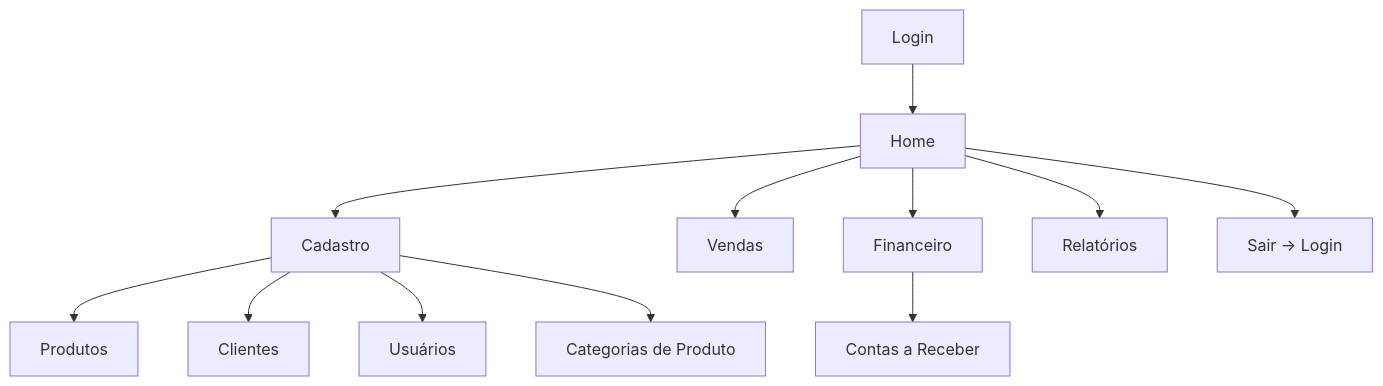
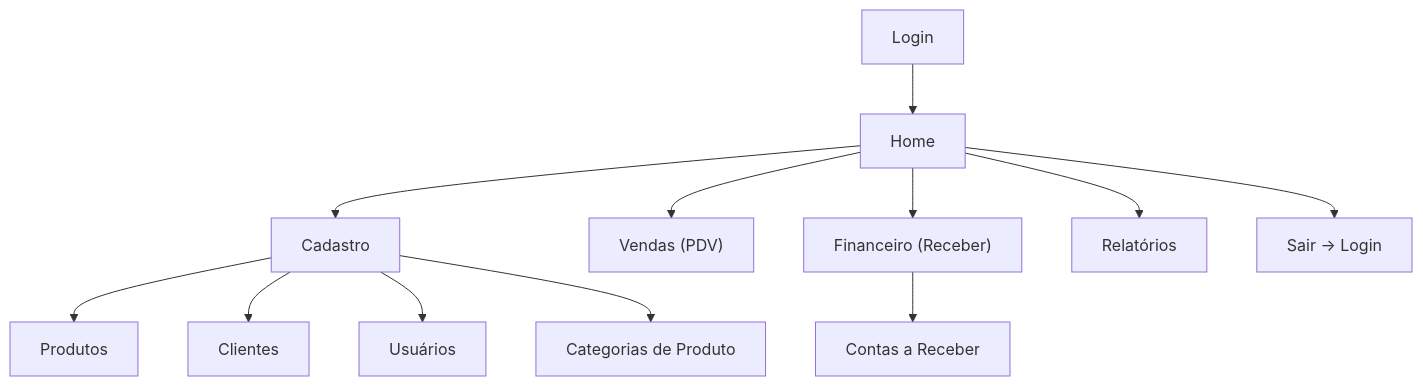
The fifth of 11 diagrams in documentacao/DIAGRAMAS.md (EduardoHenrrykSimonato/sistema-gestao-comercial), drawn with Mermaid before and after one commit. The commit also changed other lines of this file and 3 other files, not shown here.

Commit message:
docs: auditoria e sincronizacao de todos os diagramas Mermaid do projeto

````diff
--- a/documentacao/DIAGRAMAS.md
+++ b/documentacao/DIAGRAMAS.md
@@ -112,16 +376,16 @@
 ```mermaid
 flowchart TD
     A["Login"] --> B["Home"]
     B --> C["Cadastro"]
-    B --> D["Vendas"]
-    B --> E["Financeiro"]
+    B --> D["Vendas (PDV)"]
+    B --> E["Financeiro (Receber)"]
     B --> F["Relatórios"]
     B --> G["Sair → Login"]
 
     C --> C1["Produtos"]
     C --> C2["Clientes"]
     C --> C3["Usuários"]
     C --> C4["Categorias de Produto"]
 
     E --> E1["Contas a Receber"]
 ```
````
